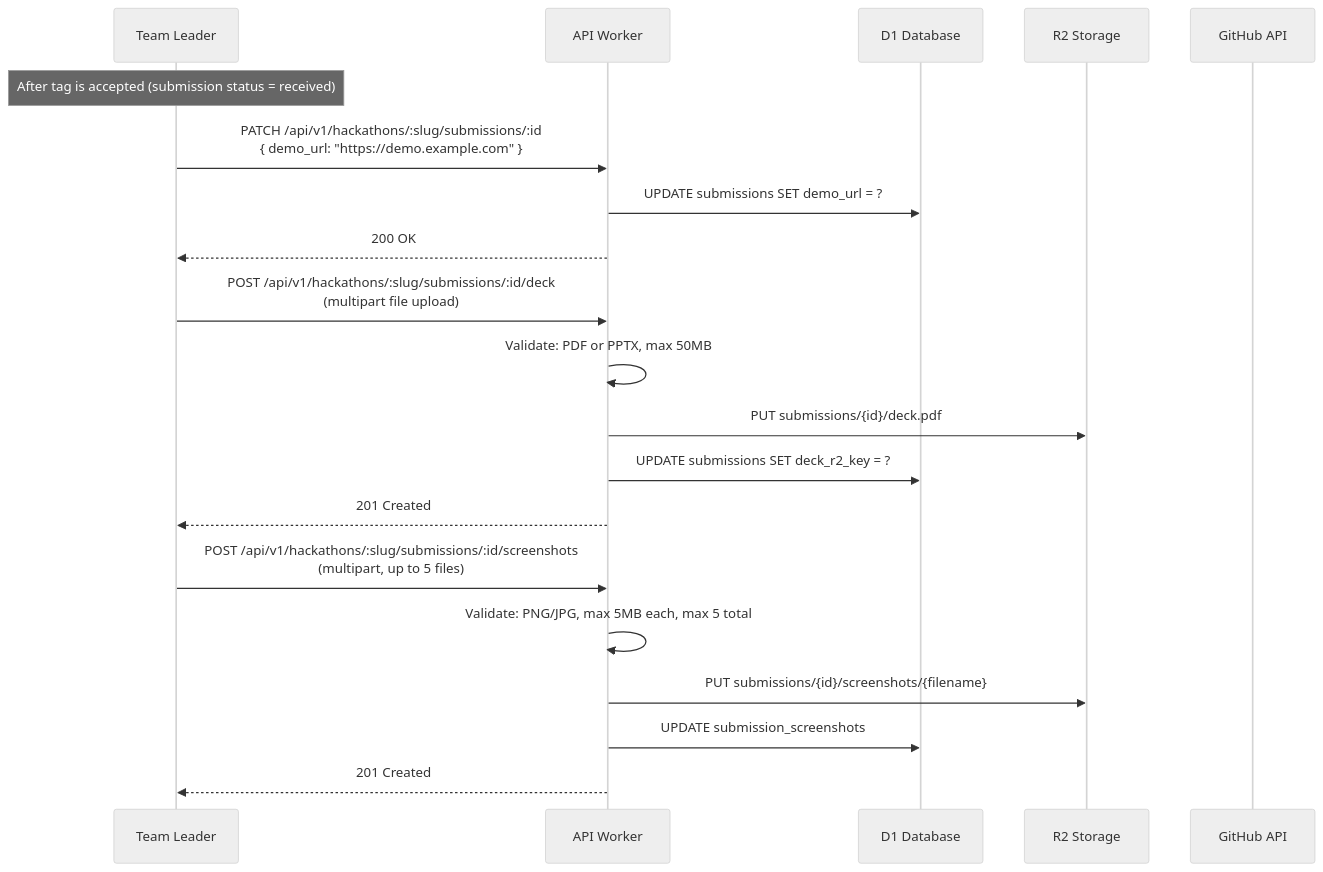
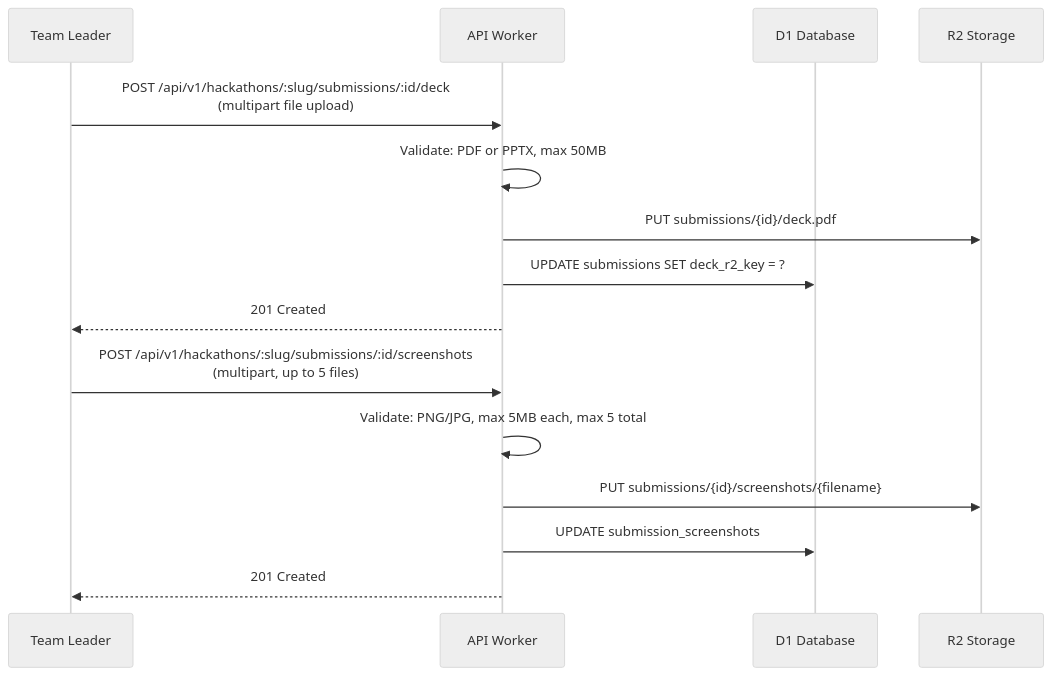
One commit to devangshupandey2025-stack/DevSage changed the sixth of 12 diagrams in docs/v3/planned/submissions.md. Above: the diagram before and after it, drawn with Mermaid (neutral theme). The commit also changed other lines of this file, not shown here.

First line of the commit message:
docs(submissions): add rounds system, defer multi-artifact uploads to Phase 2

````diff
--- a/docs/v3/planned/submissions.md
+++ b/docs/v3/planned/submissions.md
@@ -242,26 +323,19 @@
 ```mermaid
 sequenceDiagram
     participant L as Team Leader
     participant W as API Worker
     participant D1 as D1 Database
     participant R2 as R2 Storage
-    participant GH as GitHub API
-
-    Note over L: After tag is accepted (submission status = received)
-
-    L->>W: PATCH /api/v1/hackathons/:slug/submissions/:id<br/>{ demo_url: "https://demo.example.com" }
-    W->>D1: UPDATE submissions SET demo_url = ?
-    W-->>L: 200 OK
 
     L->>W: POST /api/v1/hackathons/:slug/submissions/:id/deck<br/>(multipart file upload)
     W->>W: Validate: PDF or PPTX, max 50MB
     W->>R2: PUT submissions/{id}/deck.pdf
     W->>D1: UPDATE submissions SET deck_r2_key = ?
     W-->>L: 201 Created
 
     L->>W: POST /api/v1/hackathons/:slug/submissions/:id/screenshots<br/>(multipart, up to 5 files)
     W->>W: Validate: PNG/JPG, max 5MB each, max 5 total
     W->>R2: PUT submissions/{id}/screenshots/{filename}
     W->>D1: UPDATE submission_screenshots
     W-->>L: 201 Created
 ```
````
